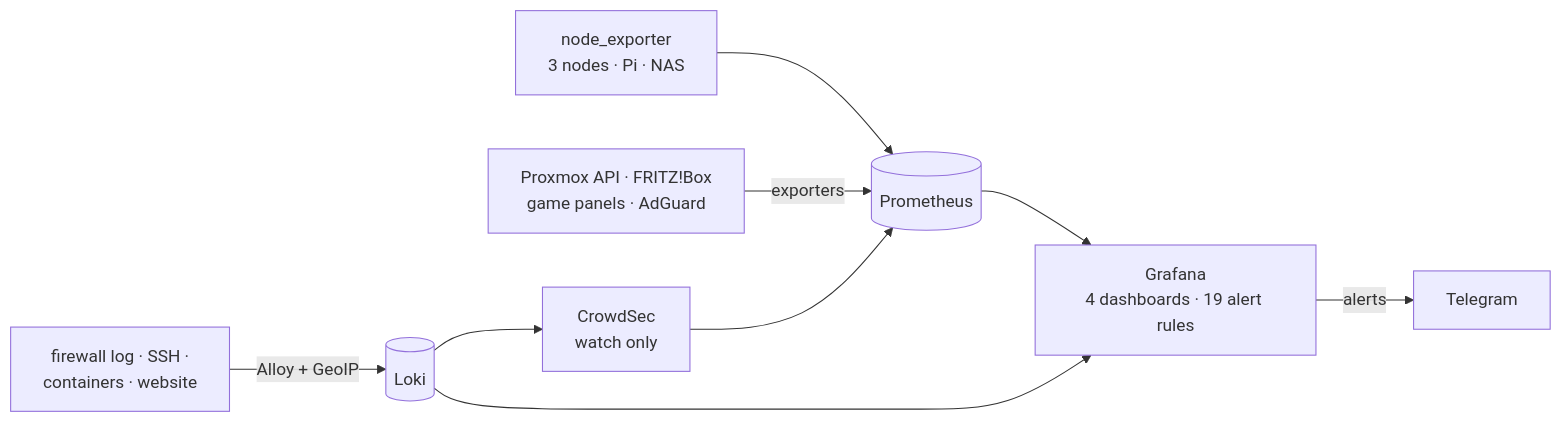
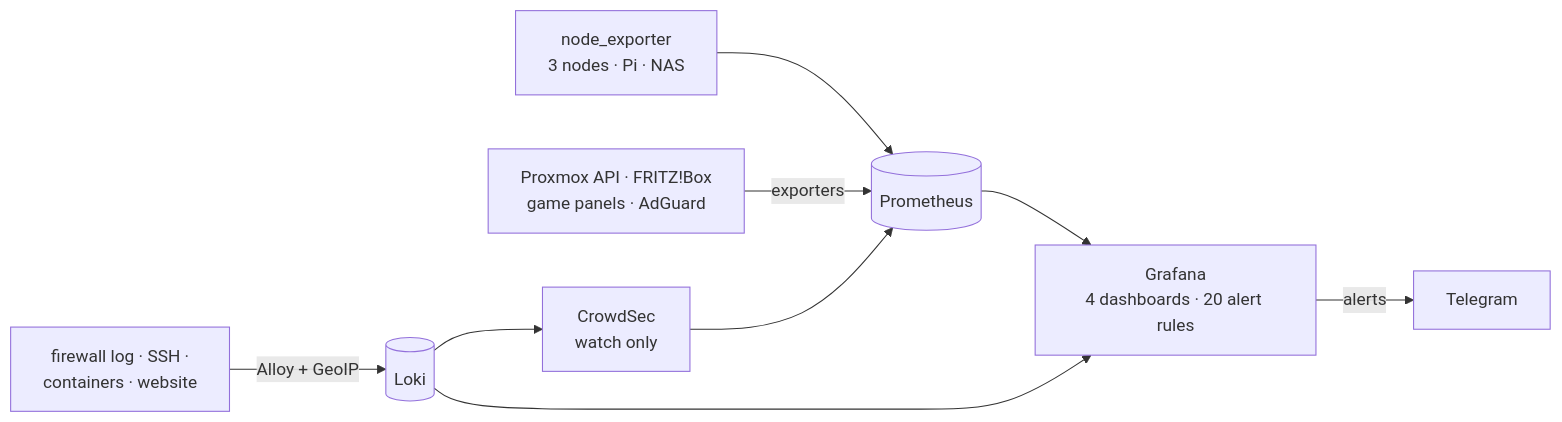
The first of 2 diagrams in README.md (theMindDeveloper/Project-Homelab), drawn with Mermaid before and after one commit. The commit also changed other lines of this file and 1 other file, not shown here.

Commit message:
README, runbook 23: 20 alert rules

````diff
--- a/README.md
+++ b/README.md
@@ -345,10 +345,10 @@
 ```mermaid
 flowchart LR
     A["node_exporter<br/>3 nodes · Pi · NAS"] --> P[("Prometheus")]
     B["Proxmox API · FRITZ!Box<br/>game panels · AdGuard"] -- "exporters" --> P
     C["firewall log · SSH ·<br/>containers · website"] -- "Alloy + GeoIP" --> L[("Loki")]
     L --> CS["CrowdSec<br/>watch only"] --> P
-    P --> G["Grafana<br/>4 dashboards · 19 alert rules"]
+    P --> G["Grafana<br/>4 dashboards · 20 alert rules"]
     L --> G
     G -- "alerts" --> T["Telegram"]
 ```
````
